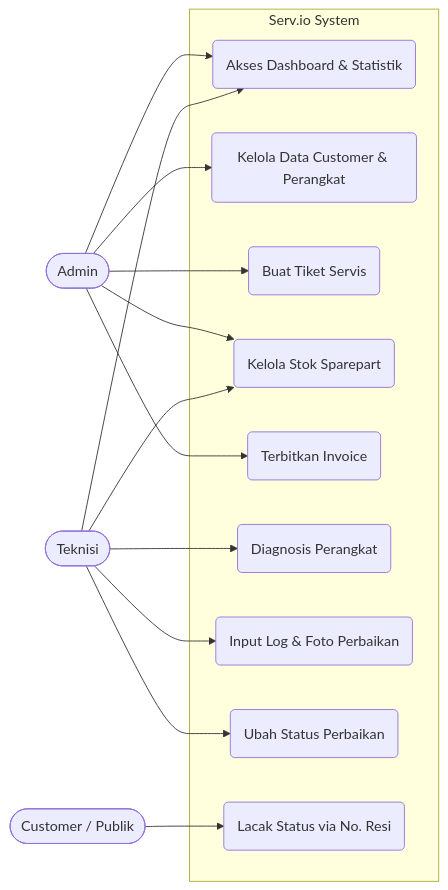
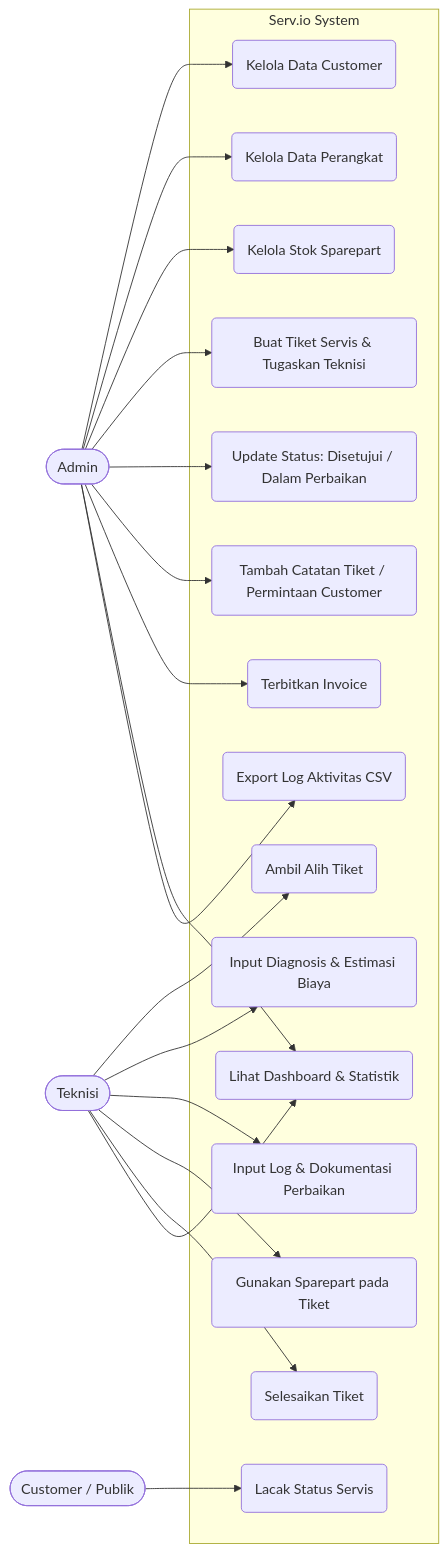
One commit to halfthew0rldaway/serv.io changed the third of 3 diagrams in README.md. Above: the diagram before and after it, drawn with Mermaid.

Commit message:
revisi readme

````diff
--- a/README.md
+++ b/README.md
@@ -156,34 +156,43 @@
 ```mermaid
 flowchart LR
     Admin([Admin])
     Teknisi([Teknisi])
     Customer([Customer / Publik])
 
     subgraph System ["Serv.io System"]
-        UC1(Akses Dashboard & Statistik)
-        UC2(Kelola Data Customer & Perangkat)
-        UC3(Buat Tiket Servis)
-        UC4(Kelola Stok Sparepart)
-        UC5(Terbitkan Invoice)
-        
-        UC6(Diagnosis Perangkat)
-        UC7(Input Log & Foto Perbaikan)
-        UC8(Ubah Status Perbaikan)
-        
-        UC9(Lacak Status via No. Resi)
+        UC1(Kelola Data Customer)
+        UC2(Kelola Data Perangkat)
+        UC3(Kelola Stok Sparepart)
+        UC4(Buat Tiket Servis & Tugaskan Teknisi)
+        UC5(Ambil Alih Tiket)
+        UC6(Input Diagnosis & Estimasi Biaya)
+        UC7(Update Status: Disetujui / Dalam Perbaikan)
+        UC8(Tambah Catatan Tiket / Permintaan Customer)
+        UC9(Input Log & Dokumentasi Perbaikan)
+        UC10(Gunakan Sparepart pada Tiket)
+        UC11(Selesaikan Tiket)
+        UC12(Terbitkan Invoice)
+        UC13(Lihat Dashboard & Statistik)
+        UC14(Export Log Aktivitas CSV)
+        UC15(Lacak Status Servis)
     end
 
     Admin --> UC1
     Admin --> UC2
     Admin --> UC3
     Admin --> UC4
-    Admin --> UC5
+    Admin --> UC7
+    Admin --> UC8
+    Admin --> UC12
+    Admin --> UC13
+    Admin --> UC14
 
-    Teknisi --> UC1
+    Teknisi --> UC5
     Teknisi --> UC6
-    Teknisi --> UC7
-    Teknisi --> UC8
-    Teknisi --> UC4
+    Teknisi --> UC9
+    Teknisi --> UC10
+    Teknisi --> UC11
+    Teknisi --> UC13
 
-    Customer --> UC9
+    Customer --> UC15
 ```
````
